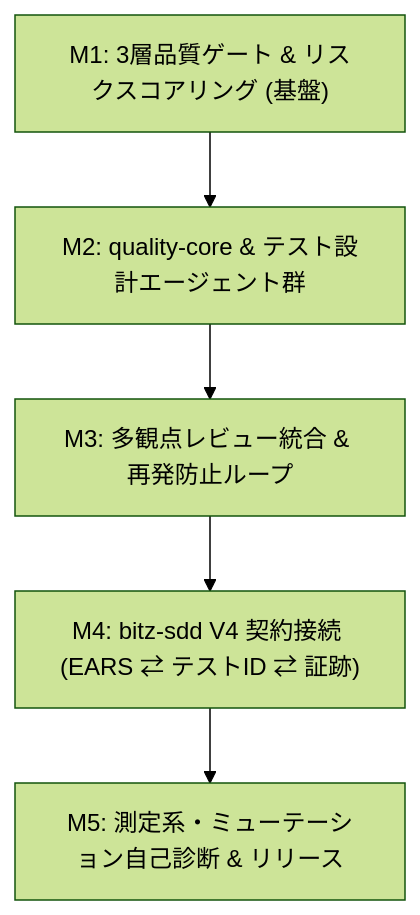
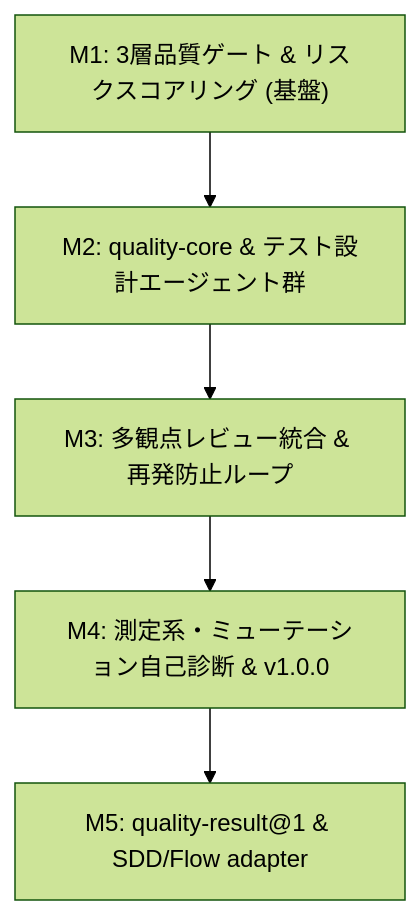
One commit to BitzLabs/BitzSkills changed the diagram in plugins/bitz-quality/.spec/ROADMAP.md. Above: the diagram before and after it, drawn with Mermaid (forest theme). The commit also changed other lines of this file and 3 other files, not shown here.

````diff
--- a/plugins/bitz-quality/.spec/ROADMAP.md
+++ b/plugins/bitz-quality/.spec/ROADMAP.md
@@ -13,7 +17,7 @@
 ```mermaid
 graph TD
     M1["M1: 3層品質ゲート & リスクスコアリング (基盤)"] --> M2["M2: quality-core & テスト設計エージェント群"]
     M2 --> M3["M3: 多観点レビュー統合 & 再発防止ループ"]
-    M3 --> M4["M4: bitz-sdd V4 契約接続 (EARS ⇄ テストID ⇄ 証跡)"]
-    M4 --> M5["M5: 測定系・ミューテーション自己診断 & リリース"]
+    M3 --> M4["M4: 測定系・ミューテーション自己診断 & v1.0.0"]
+    M4 --> M5["M5: quality-result@1 & SDD/Flow adapter"]
 ```
````
